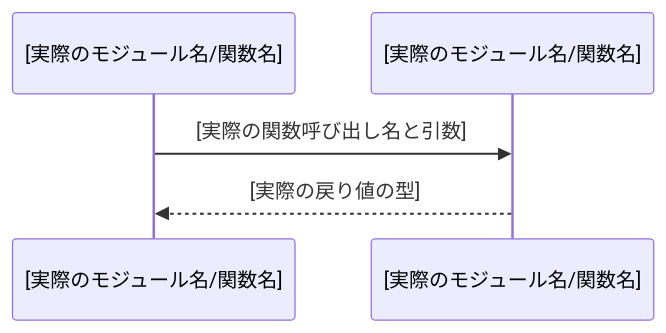
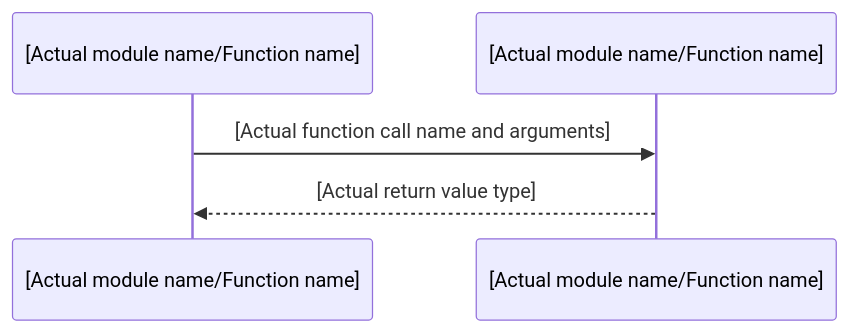
Before and after one commit to rhsmz/iris: the first of 2 diagrams in .gemini/Skills/create_mermaid_diagrams/SKILL.md, drawn with Mermaid. The commit also changed other lines of this file and 25 other files, not shown here.

````diff
--- a/.gemini/Skills/create_mermaid_diagrams/SKILL.md
+++ b/.gemini/Skills/create_mermaid_diagrams/SKILL.md
@@ -27,7 +27,7 @@
 ```mermaid
 sequenceDiagram
-    participant A as [実際のモジュール名/関数名]
-    participant B as [実際のモジュール名/関数名]
-    A->>B: [実際の関数呼び出し名と引数]
-    B-->>A: [実際の戻り値の型]
+    participant A as [Actual module name/Function name]
+    participant B as [Actual module name/Function name]
+    A->>B: [Actual function call name and arguments]
+    B-->>A: [Actual return value type]
 ```
````
